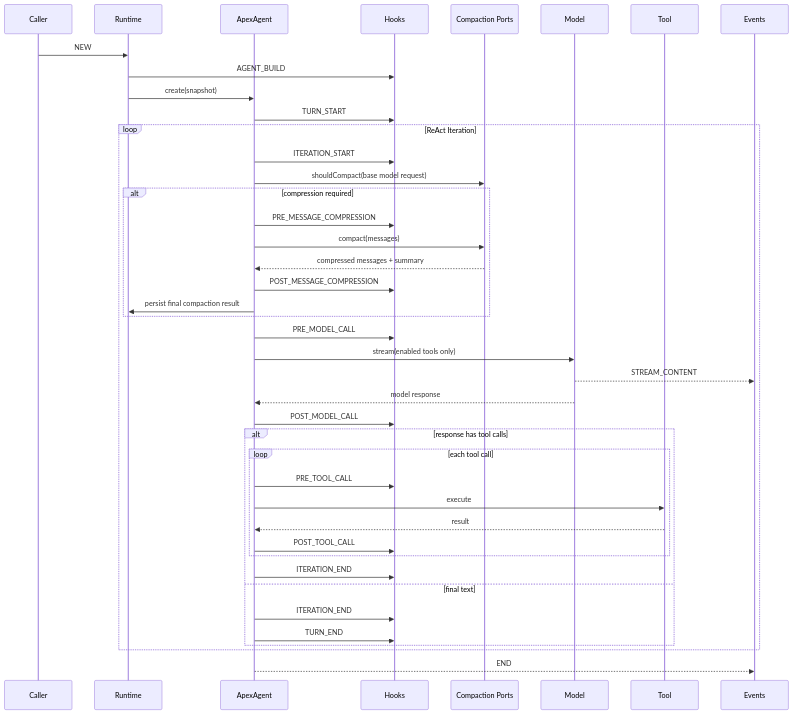
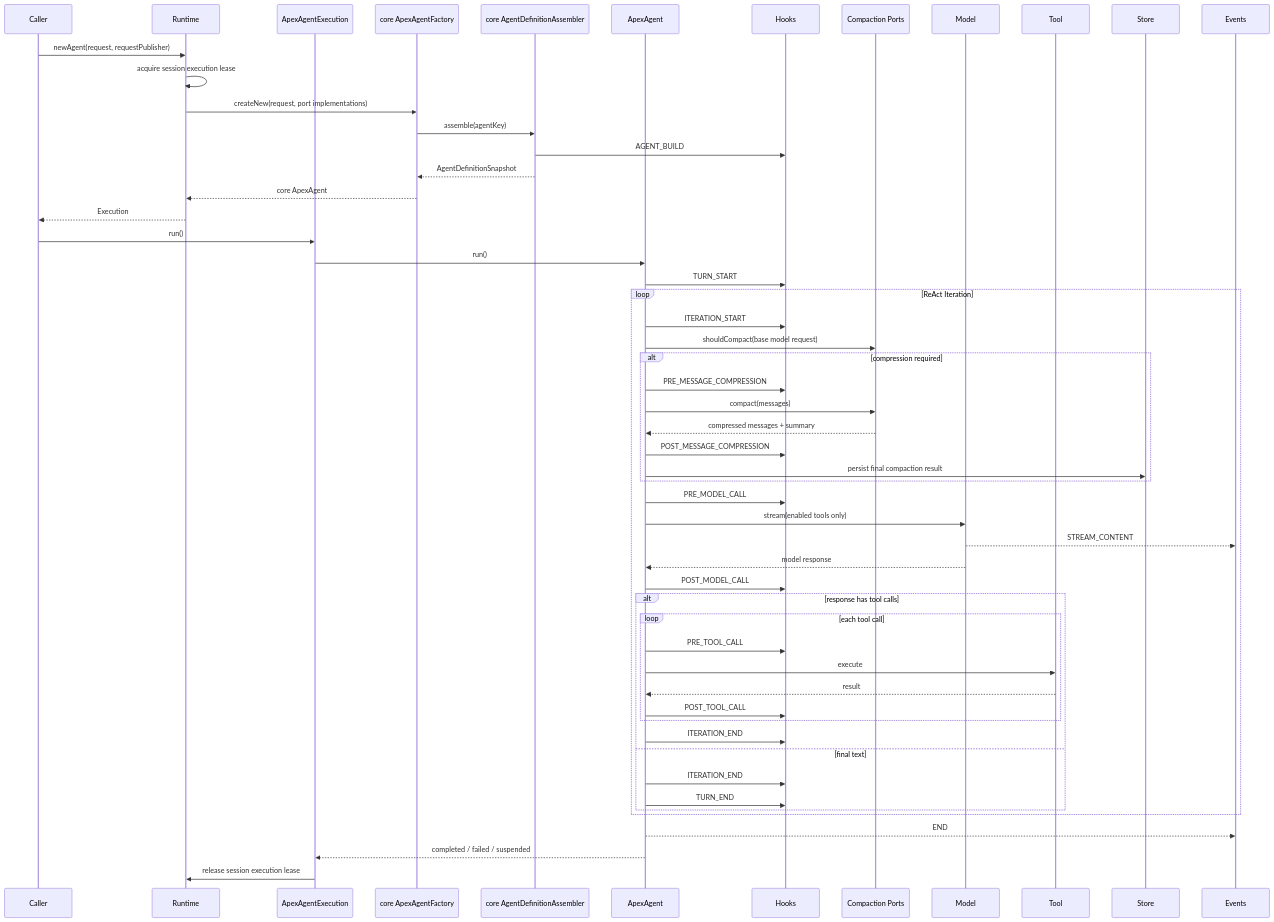
One commit to gemo12123/apex-agent changed the second of 4 diagrams in docs/refact/specs/2026-07-28-apex-agent-backend-refactoring-design.md. Above: the diagram before and after it, drawn with Mermaid. The commit also changed other lines of this file and 1 other file, not shown here.

````diff
--- a/docs/refact/specs/2026-07-28-apex-agent-backend-refactoring-design.md
+++ b/docs/refact/specs/2026-07-28-apex-agent-backend-refactoring-design.md
@@ -677,45 +692,58 @@
 ```mermaid
 sequenceDiagram
     participant Caller
     participant Runtime
+    participant Execution as ApexAgentExecution
+    participant Factory as core ApexAgentFactory
+    participant Assembler as core AgentDefinitionAssembler
     participant Agent as ApexAgent
     participant Hooks
     participant Compaction as Compaction Ports
     participant Model
     participant Tool
+    participant Store
     participant Events
 
-    Caller->>Runtime: NEW
-    Runtime->>Hooks: AGENT_BUILD
-    Runtime->>Agent: create(snapshot)
+    Caller->>Runtime: newAgent(request, requestPublisher)
+    Runtime->>Runtime: acquire session execution lease
+    Runtime->>Factory: createNew(request, port implementations)
+    Factory->>Assembler: assemble(agentKey)
+    Assembler->>Hooks: AGENT_BUILD
+    Assembler-->>Factory: AgentDefinitionSnapshot
+    Factory-->>Runtime: core ApexAgent
+    Runtime-->>Caller: Execution
+    Caller->>Execution: run()
+    Execution->>Agent: run()
     Agent->>Hooks: TURN_START
     loop ReAct Iteration
         Agent->>Hooks: ITERATION_START
         Agent->>Compaction: shouldCompact(base model request)
         alt compression required
             Agent->>Hooks: PRE_MESSAGE_COMPRESSION
             Agent->>Compaction: compact(messages)
             Compaction-->>Agent: compressed messages + summary
             Agent->>Hooks: POST_MESSAGE_COMPRESSION
-            Agent->>Runtime: persist final compaction result
+            Agent->>Store: persist final compaction result
         end
         Agent->>Hooks: PRE_MODEL_CALL
         Agent->>Model: stream(enabled tools only)
         Model-->>Events: STREAM_CONTENT
         Model-->>Agent: model response
         Agent->>Hooks: POST_MODEL_CALL
         alt response has tool calls
             loop each tool call
                 Agent->>Hooks: PRE_TOOL_CALL
                 Agent->>Tool: execute
                 Tool-->>Agent: result
                 Agent->>Hooks: POST_TOOL_CALL
             end
             Agent->>Hooks: ITERATION_END
         else final text
             Agent->>Hooks: ITERATION_END
             Agent->>Hooks: TURN_END
         end
     end
     Agent-->>Events: END
+    Agent-->>Execution: completed / failed / suspended
+    Execution->>Runtime: release session execution lease
 ```
````
